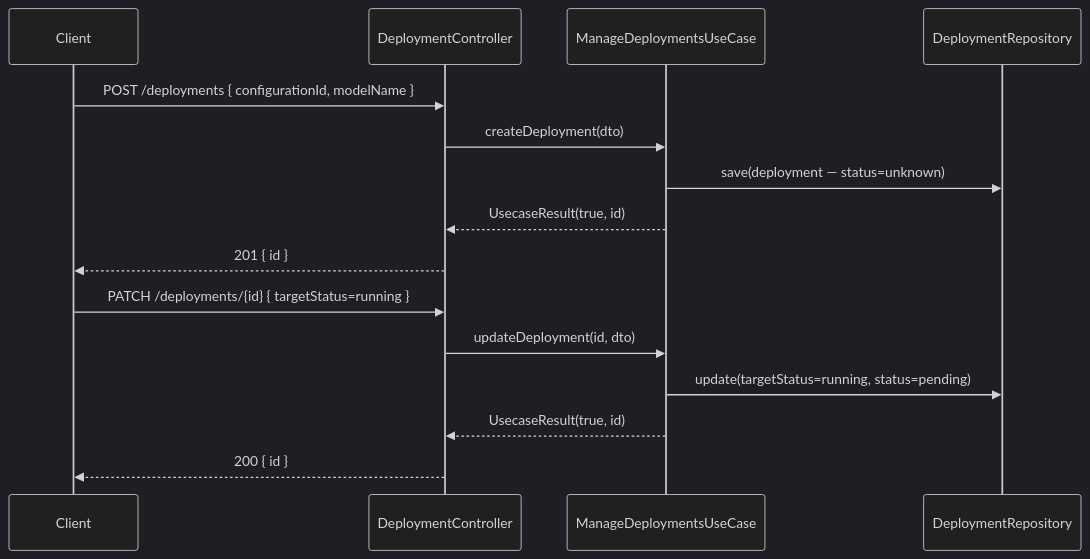
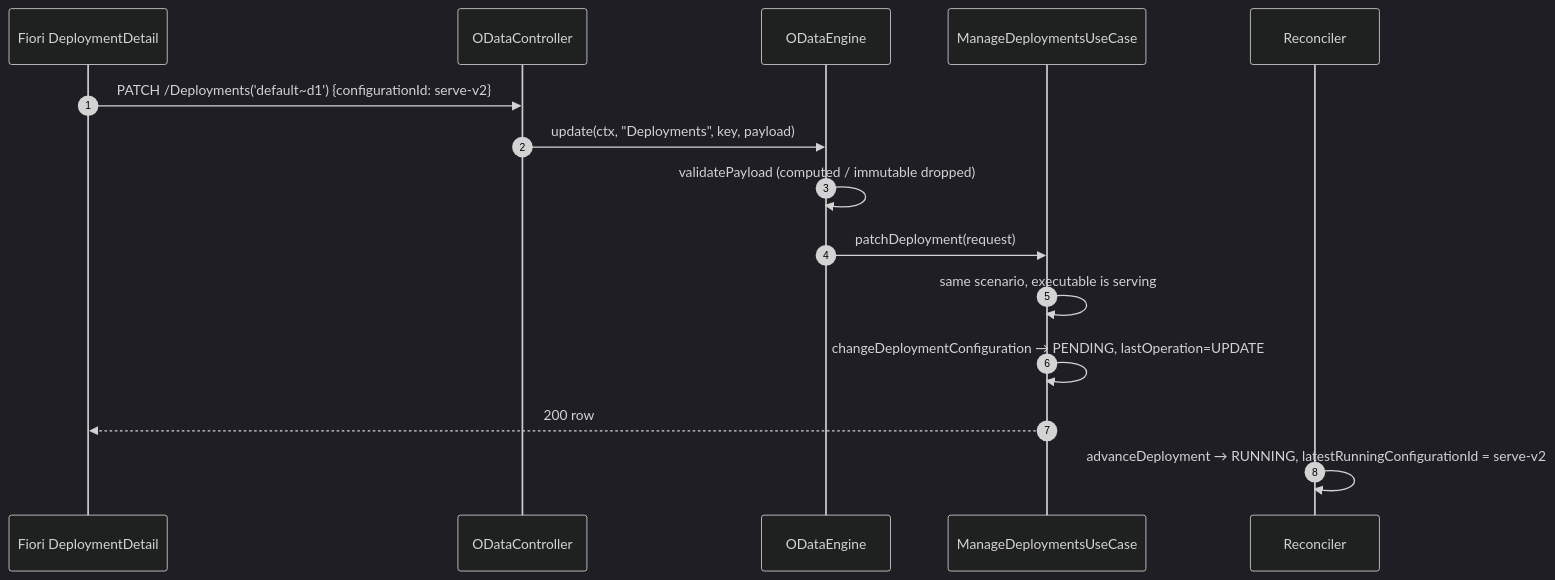
One commit to UIMSolutions/uim-platform changed diagram 12 of 15 in ai-core/UML.md. Above: the diagram before and after it, drawn with Mermaid (dark theme). The commit also changed other lines of this file and 65 other files, not shown here.

````diff
--- a/ai-core/UML.md
+++ b/ai-core/UML.md
@@ -202,19 +603,18 @@
 ```mermaid
 sequenceDiagram
-    participant Client
-    participant DC as DeploymentController
-    participant DUC as ManageDeploymentsUseCase
-    participant DR as DeploymentRepository
+    autonumber
+    participant U as Fiori DeploymentDetail
+    participant O as ODataController
+    participant G as ODataEngine
+    participant D as ManageDeploymentsUseCase
+    participant L as Reconciler
 
-    Client->>DC: POST /deployments { configurationId, modelName }
-    DC->>DUC: createDeployment(dto)
-    DUC->>DR: save(deployment — status=unknown)
-    DUC-->>DC: UsecaseResult(true, id)
-    DC-->>Client: 201 { id }
-
-    Client->>DC: PATCH /deployments/{id} { targetStatus=running }
-    DC->>DUC: updateDeployment(id, dto)
-    DUC->>DR: update(targetStatus=running, status=pending)
-    DUC-->>DC: UsecaseResult(true, id)
-    DC-->>Client: 200 { id }
+    U->>O: PATCH /Deployments('default~d1') {configurationId: serve-v2}
+    O->>G: update(ctx, "Deployments", key, payload)
+    G->>G: validatePayload (computed / immutable dropped)
+    G->>D: patchDeployment(request)
+    D->>D: same scenario, executable is serving
+    D->>D: changeDeploymentConfiguration → PENDING, lastOperation=UPDATE
+    D-->>U: 200 row
+    L->>L: advanceDeployment → RUNNING, latestRunningConfigurationId = serve-v2
 ```
````
